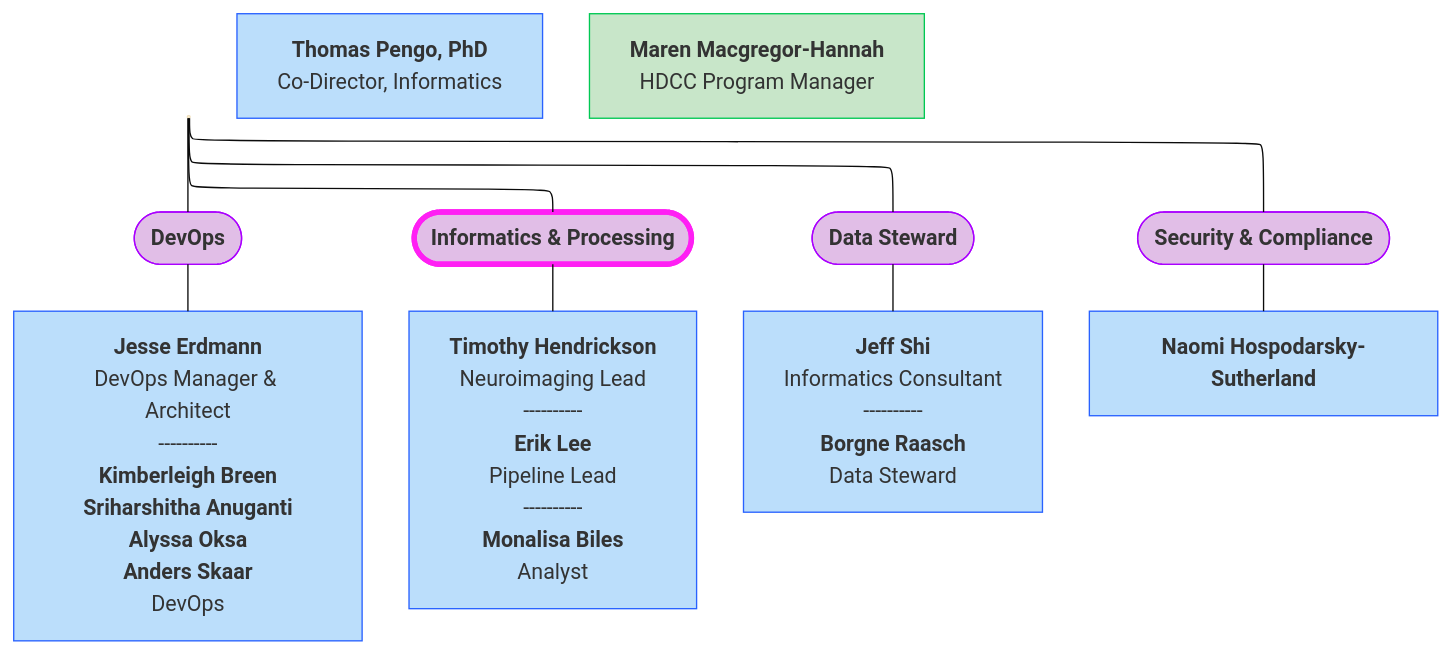
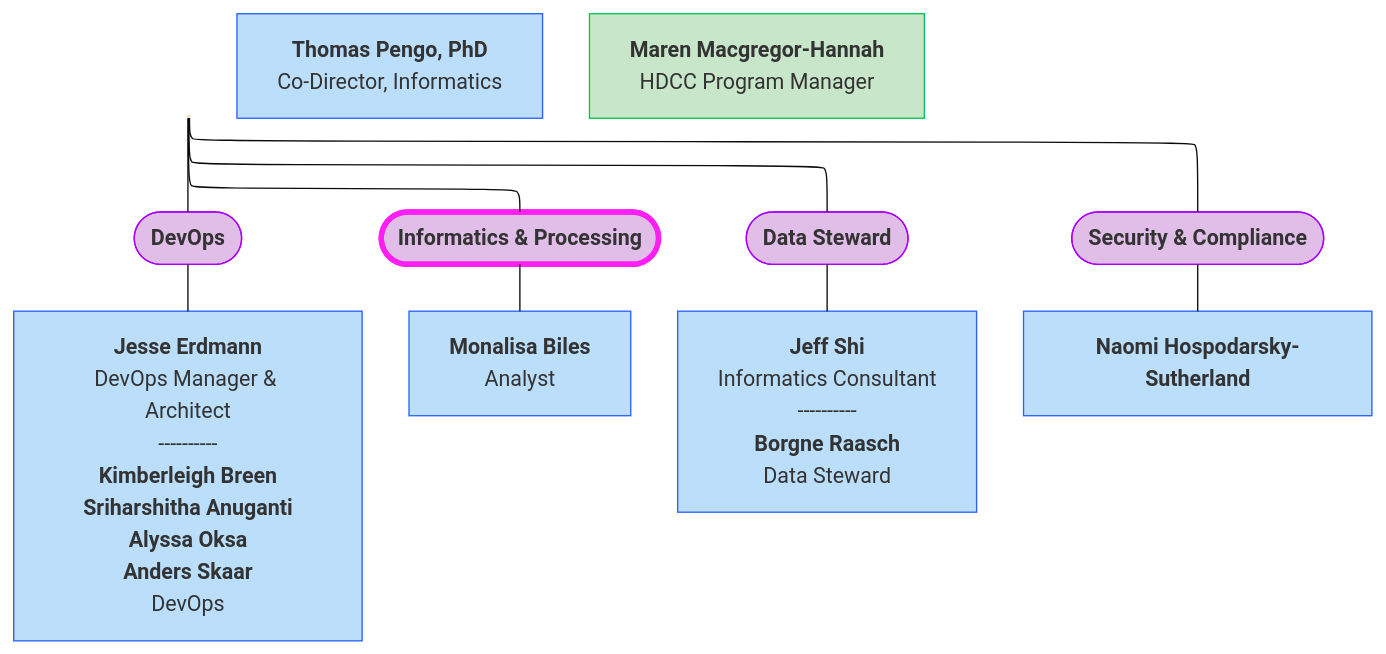
Before and after one commit to DCAN-Labs/hbcd-docs-internal: the diagram in docs/orgcharts/mermaid/midb-informatics.mmd, drawn with Mermaid (base theme). The commit also changed 3 other files, not shown here.

Commit message:
update org charts per Maren

```diff
--- a/docs/orgcharts/mermaid/midb-informatics.mmd
+++ b/docs/orgcharts/mermaid/midb-informatics.mmd
@@ -1,32 +1,28 @@
 ---
 config:
   layout: elk
 ---
 flowchart TB
     L["<b>Maren Macgregor-Hannah</b><br>HDCC Program Manager"] --- N(["<b>DevOps</b>"]) & O(["<b>Informatics &amp; Processing</b>"]) & P(["<b>Data Steward</b>"]) & n8(["<b>Security &amp; Compliance</b>"])
     N --- Q@{ label: "<b>Jesse Erdmann</b><br><span style=\"color:\">DevOps Manager &amp; Architect<br></span>----------<br><b>Kimberleigh Breen<br></b><b>Sriharshitha Anuganti<br>Alyssa Oksa<br>Anders Skaar</b><br>DevOps" }
-    O --- n4["<b>Timothy Hendrickson</b><br>Neuroimaging Lead
-    ----------
-    <b>Erik Lee</b><br>Pipeline Lead
-    ----------
-    <b>Monalisa Biles</b><br>Analyst"]
+    O --- n4["<b>Monalisa Biles</b><br>Analyst"]
     P --- n7["<b>Jeff Shi</b><br>Informatics Consultant
     ----------
     <b>Borgne Raasch</b><br>Data Steward"]
     n8 --- n9["<b>Naomi Hospodarsky-Sutherland</b>"]
     n10["<b>Thomas Pengo, PhD</b><br>Co-Director, Informatics"]
     n11["<b>Maren Macgregor-Hannah</b><br>HDCC Program Manager"]
     L@{ shape: anchor}
     Q@{ shape: rect}
     n11@{ shape: rect}
     style L fill:#C8E6C9,stroke:#00C853
     style N fill:#E1BEE7,stroke:#AA00FF
     style O fill:#E1BEE7,stroke:#FF1FF4,stroke-width:4px,stroke-dasharray: 0
     style P fill:#E1BEE7,stroke:#AA00FF
     style n8 fill:#E1BEE7,stroke:#AA00FF
     style Q fill:#BBDEFB,stroke:#2962FF
     style n4 fill:#BBDEFB,stroke:#2962FF
     style n7 fill:#BBDEFB,stroke:#2962FF
     style n9 fill:#BBDEFB,stroke:#2962FF
     style n10 fill:#BBDEFB,stroke:#2962FF
     style n11 fill:#C8E6C9,stroke:#00C853
```
